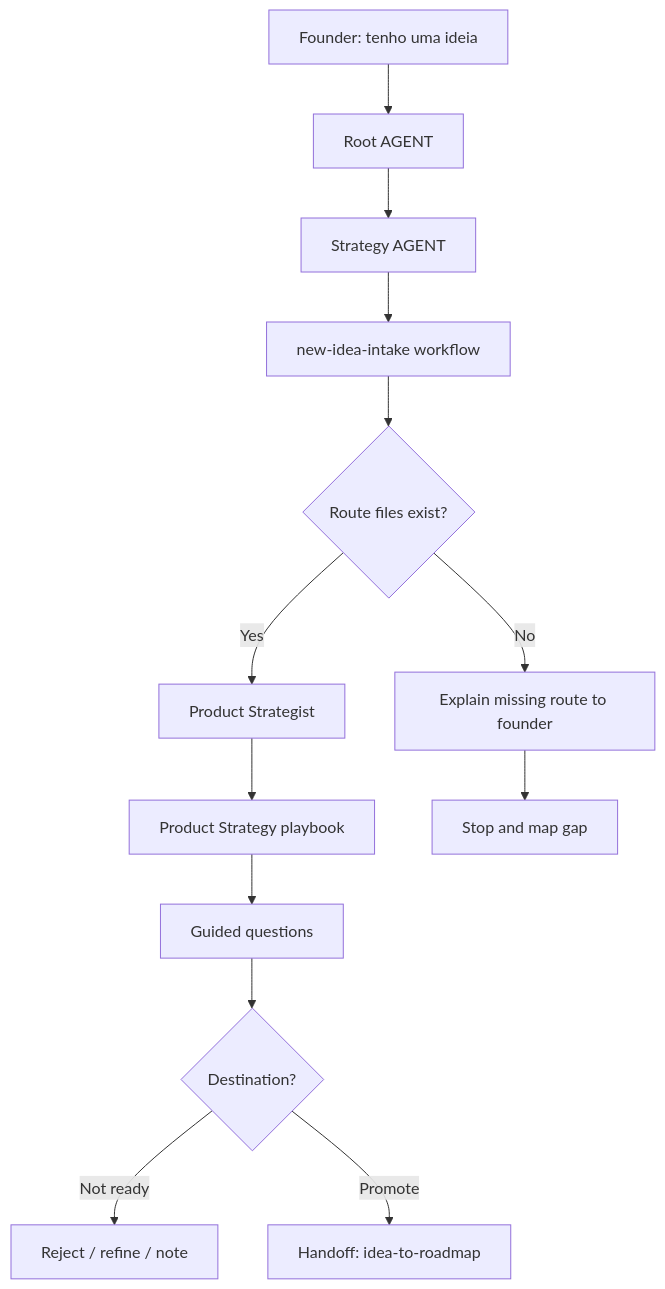
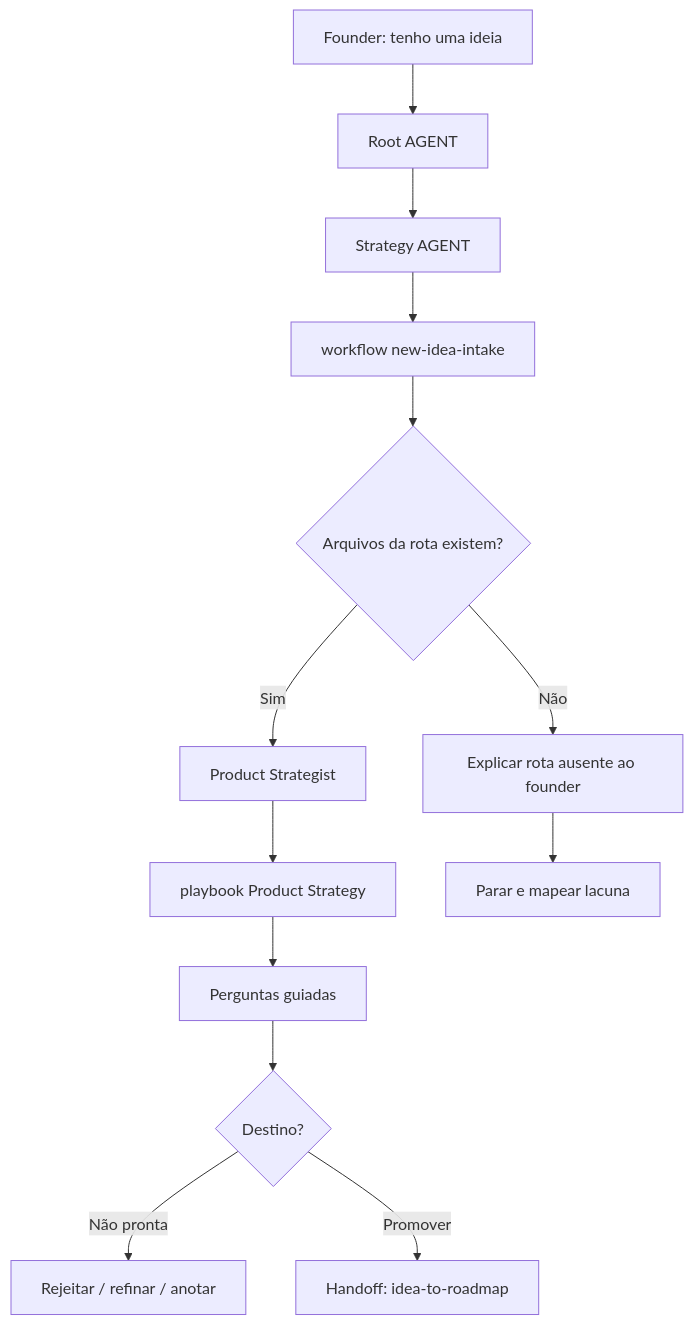
Before and after one commit to desousajhonny/leanOS: the diagram in docs/framework/founder-journeys/new-idea-intake.md, drawn with Mermaid. The commit also changed other lines of this file and 23 other files, not shown here.

````diff
--- a/docs/framework/founder-journeys/new-idea-intake.md
+++ b/docs/framework/founder-journeys/new-idea-intake.md
@@ -22,22 +22,22 @@
 ```mermaid
 flowchart TD
   A["Founder: tenho uma ideia"]
   B["Root AGENT"]
   C["Strategy AGENT"]
-  D["new-idea-intake workflow"]
-  E{"Route files exist?"}
+  D["workflow new-idea-intake"]
+  E{"Arquivos da rota existem?"}
   F["Product Strategist"]
-  G["Product Strategy playbook"]
-  H["Guided questions"]
-  I{"Destination?"}
-  J["Reject / refine / note"]
+  G["playbook Product Strategy"]
+  H["Perguntas guiadas"]
+  I{"Destino?"}
+  J["Rejeitar / refinar / anotar"]
   K["Handoff: idea-to-roadmap"]
-  L["Explain missing route to founder"]
-  M["Stop and map gap"]
+  L["Explicar rota ausente ao founder"]
+  M["Parar e mapear lacuna"]
 
   A --> B --> C --> D --> E
-  E -->|Yes| F --> G --> H --> I
-  E -->|No| L --> M
-  I -->|Not ready| J
-  I -->|Promote| K
+  E -->|Sim| F --> G --> H --> I
+  E -->|Não| L --> M
+  I -->|Não pronta| J
+  I -->|Promover| K
 ```
````
